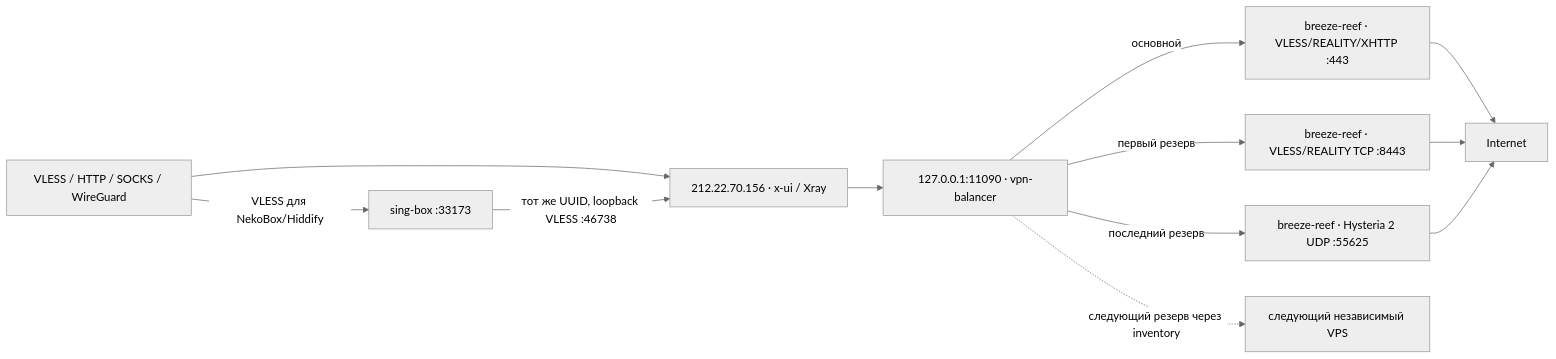
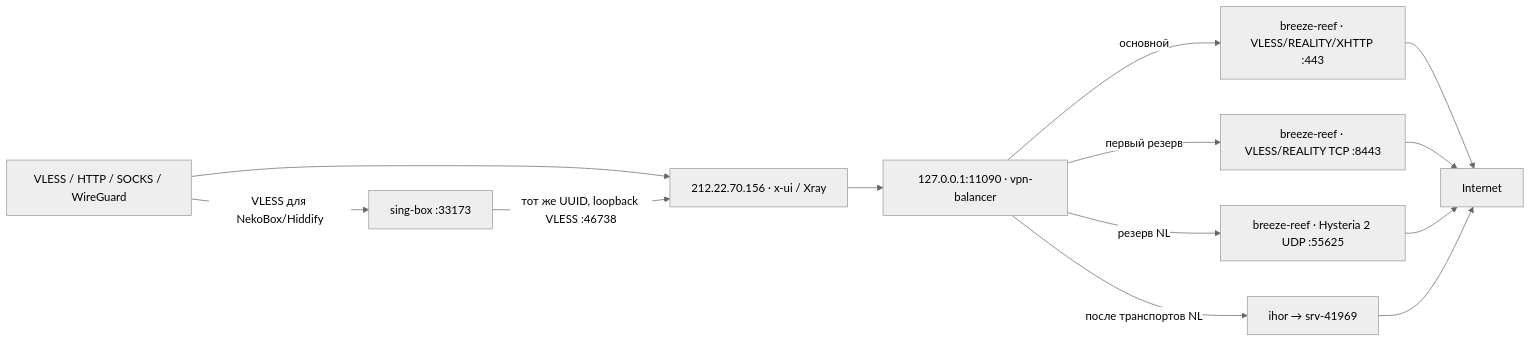
Before and after one commit to Ja1rman/vpn: the diagram in README.md, drawn with Mermaid (neutral theme). The commit also changed other lines of this file and 12 other files, not shown here.

````diff
--- a/README.md
+++ b/README.md
@@ -9,14 +9,15 @@
 ```mermaid
 flowchart LR
     Client["VLESS / HTTP / SOCKS / WireGuard"] --> Entry["212.22.70.156 · x-ui / Xray"]
     Client -->|VLESS для NekoBox/Hiddify| Android["sing-box :33173"]
     Android -->|тот же UUID, loopback VLESS :46738| Entry
     Entry --> Pool["127.0.0.1:11090 · vpn-balancer"]
     Pool -->|основной| VLESS["breeze-reef · VLESS/REALITY/XHTTP :443"]
     Pool -->|первый резерв| TCP["breeze-reef · VLESS/REALITY TCP :8443"]
-    Pool -->|последний резерв| Hysteria["breeze-reef · Hysteria 2 UDP :55625"]
+    Pool -->|резерв NL| Hysteria["breeze-reef · Hysteria 2 UDP :55625"]
     VLESS --> Internet
     TCP --> Internet
     Hysteria --> Internet
-    Pool -. "следующий резерв через inventory" .-> Next["следующий независимый VPS"]
+    Pool -->|после транспортов NL| Next["ihor → srv-41969"]
+    Next --> Internet
 ```
````
